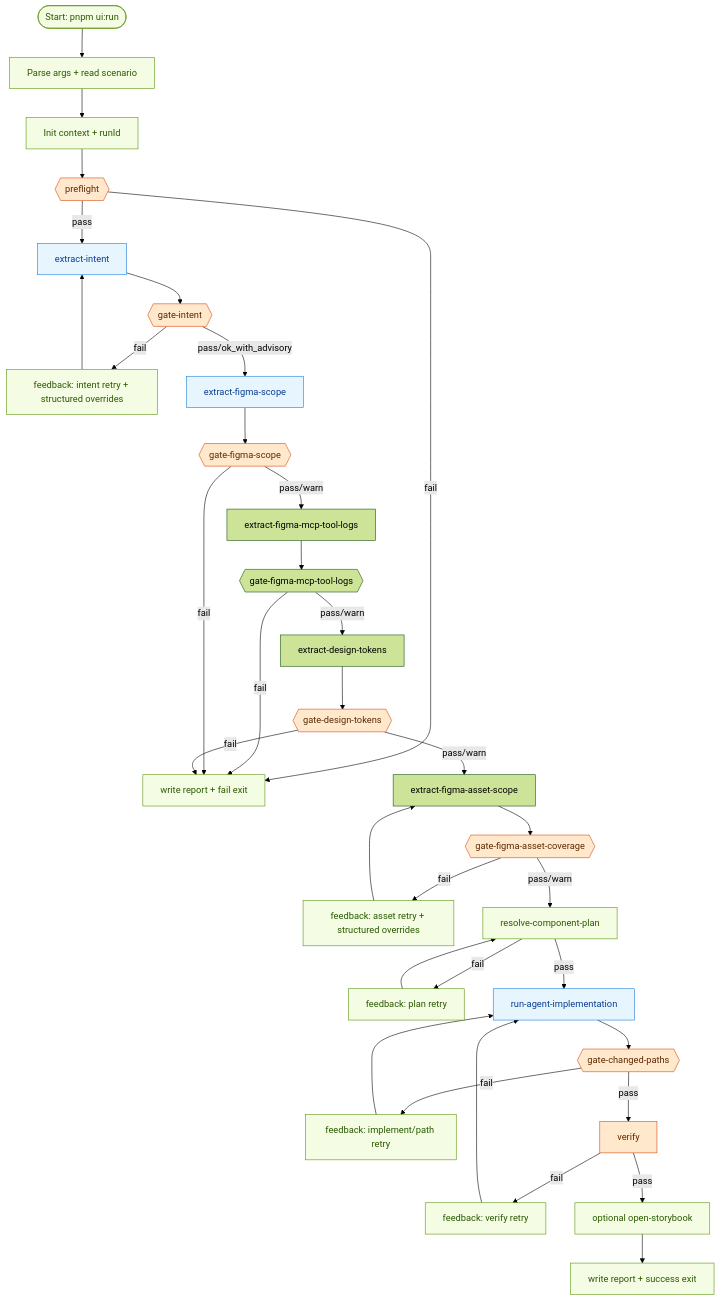
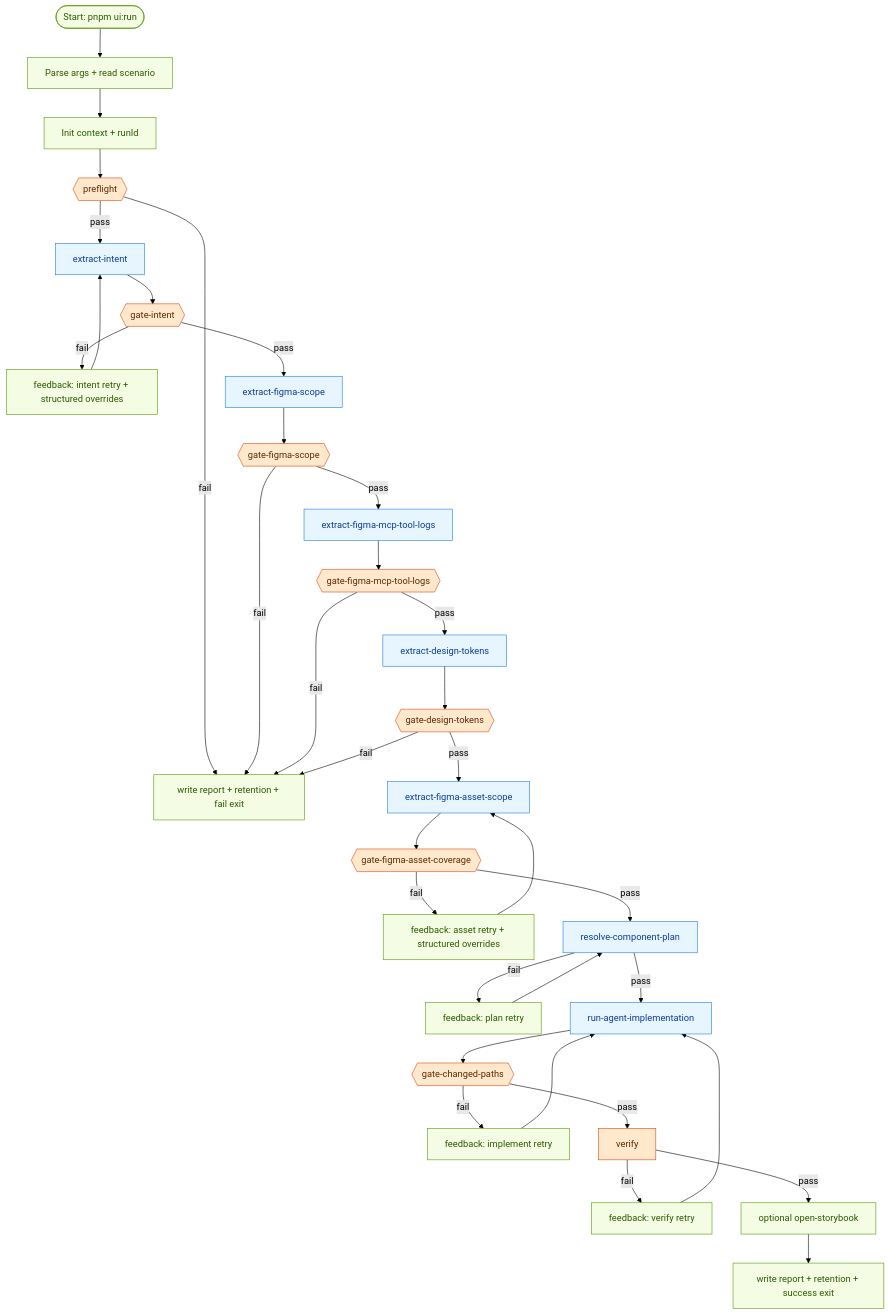
One commit to TEAM-HOUME/HOUME-CLIENT changed the first of 4 diagrams in orchestration/ui-components/README.md. Above: the diagram before and after it, drawn with Mermaid (forest theme). The commit also changed other lines of this file, not shown here.

````diff
--- a/orchestration/ui-components/README.md
+++ b/orchestration/ui-components/README.md
@@ -92,49 +92,49 @@
 ```mermaid
 flowchart TD
   A([Start: pnpm ui:run]) --> B[Parse args + read scenario]
   B --> C[Init context + runId]
   C --> D{{preflight}}
 
-  D -- fail --> Z1[write report + fail exit]
-  D -- pass --> DI[extract-intent]
-  DI --> DG{{gate-intent}}
-  DG -- fail --> DR[feedback: intent retry + structured overrides]
-  DR --> DI
-  DG -- pass/ok_with_advisory --> E[extract-figma-scope]
+  D -- fail --> Z1[write report + retention + fail exit]
+  D -- pass --> I1[extract-intent]
+  I1 --> I2{{gate-intent}}
+  I2 -- fail --> I3[feedback: intent retry + structured overrides]
+  I3 --> I1
+  I2 -- pass --> S1[extract-figma-scope]
 
-  E --> F{{gate-figma-scope}}
-  F -- pass/warn --> G0[extract-figma-mcp-tool-logs]
-  G0 --> G1{{gate-figma-mcp-tool-logs}}
-  G1 -- pass/warn --> G[extract-design-tokens]
-  G1 -- fail --> Z1
-  F -- fail --> Z1
+  S1 --> S2{{gate-figma-scope}}
+  S2 -- fail --> Z1
+  S2 -- pass --> M1[extract-figma-mcp-tool-logs]
+  M1 --> M2{{gate-figma-mcp-tool-logs}}
+  M2 -- fail --> Z1
+  M2 -- pass --> T1[extract-design-tokens]
+  T1 --> T2{{gate-design-tokens}}
+  T2 -- fail --> Z1
+  T2 -- pass --> A1[extract-figma-asset-scope]
 
-  G --> H{{gate-design-tokens}}
-  H -- fail --> Z1
-  H -- pass/warn --> HA[extract-figma-asset-scope]
-  HA --> HB{{gate-figma-asset-coverage}}
-  HB -- fail --> HR[feedback: asset retry + structured overrides]
-  HR --> HA
-  HB -- pass/warn --> I[resolve-component-plan]
+  A1 --> A2{{gate-figma-asset-coverage}}
+  A2 -- fail --> A3[feedback: asset retry + structured overrides]
+  A3 --> A1
+  A2 -- pass --> P1[resolve-component-plan]
 
-  I -- fail --> IR[feedback: plan retry]
-  IR --> I
-  I -- pass --> K[run-agent-implementation]
+  P1 -- fail --> P2[feedback: plan retry]
+  P2 --> P1
+  P1 -- pass --> C1[run-agent-implementation]
 
-  K --> L{{gate-changed-paths}}
-  L -- fail --> KR[feedback: implement/path retry]
-  KR --> K
-  L -- pass --> O[verify]
+  C1 --> C2{{gate-changed-paths}}
+  C2 -- fail --> C3[feedback: implement retry]
+  C3 --> C1
+  C2 -- pass --> V1[verify]
 
-  O -- fail --> VR[feedback: verify retry]
-  VR --> K
-  O -- pass --> P[optional open-storybook]
-  P --> Q[write report + success exit]
+  V1 -- fail --> V2[feedback: verify retry]
+  V2 --> C1
+  V1 -- pass --> O1[optional open-storybook]
+  O1 --> Z2[write report + retention + success exit]
 
   classDef gate fill:#ffe8cc,stroke:#d9480f,color:#5c2b00;
   classDef agent fill:#e7f5ff,stroke:#1c7ed6,color:#0b3d91;
   classDef local fill:#f4fce3,stroke:#5c940d,color:#2b5a00;
-  class D,DG,F,H,HB,L,O gate;
-  class DI,E,K agent;
-  class A,B,C,P,Q,Z1,I,DR,HR,IR,KR,VR local;
+  class D,I2,S2,M2,T2,A2,C2,V1 gate;
+  class I1,S1,M1,T1,A1,P1,C1 agent;
+  class A,B,C,Z1,Z2,I3,A3,P2,C3,V2,O1 local;
 ```
````
